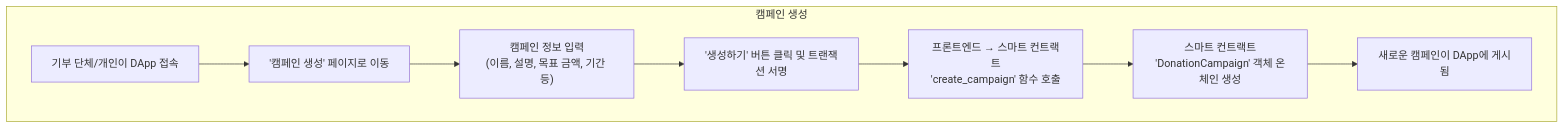
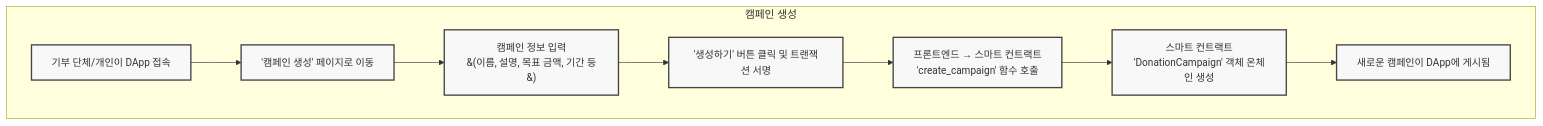
Before and after one commit to dolf3131/2025-Blockthon: the first of 3 diagrams in 2025-Blockthon.md, drawn with Mermaid. The commit also changed other lines of this file, not shown here.

Commit message:
Update: Mermaid.js

````diff
--- a/2025-Blockthon.md
+++ b/2025-Blockthon.md
@@ -9,11 +9,17 @@
 ```mermaid
 graph TD
     subgraph "캠페인 생성"
         A[기부 단체/개인이 DApp 접속] --> B['캠페인 생성' 페이지로 이동];
-        B --> C[캠페인 정보 입력<br/>#40;이름, 설명, 목표 금액, 기간 등#41;];
+        B --> C[캠페인 정보 입력<br/>&#40;이름, 설명, 목표 금액, 기간 등&#41;];
         C --> D['생성하기' 버튼 클릭 및 트랜잭션 서명];
         D --> E[프론트엔드 → 스마트 컨트랙트<br/>'create_campaign' 함수 호출];
         E --> F[스마트 컨트랙트<br/>'DonationCampaign' 객체 온체인 생성];
         F --> G[새로운 캠페인이 DApp에 게시됨];
     end
+
+    %% --- 스타일 정의 ---
+    classDef defaultNode fill:#f8f8f8,stroke:#444,stroke-width:2px,font-size:15px
+
+    %% --- 스타일 적용 ---
+    class A,B,C,D,E,F,G defaultNode
 ```
````
